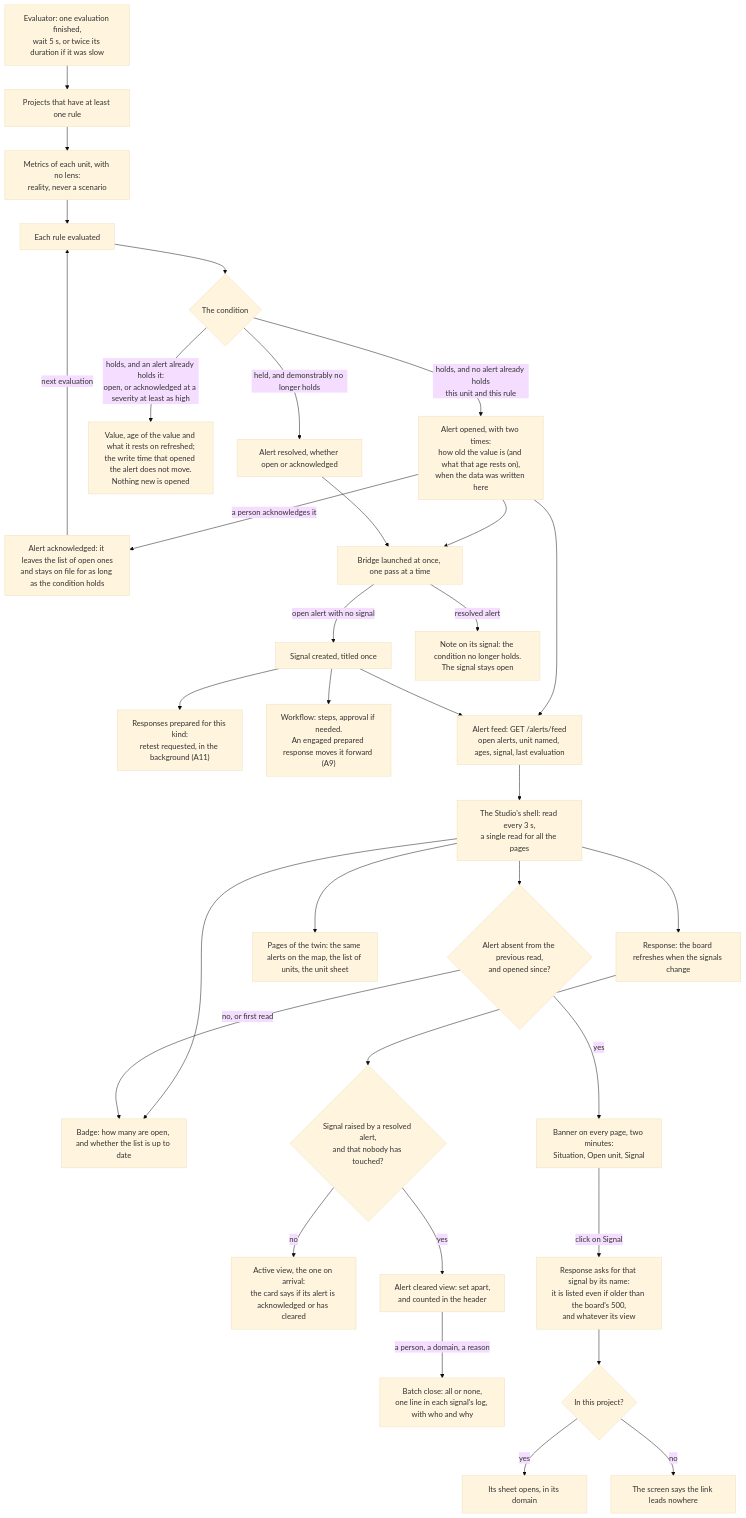
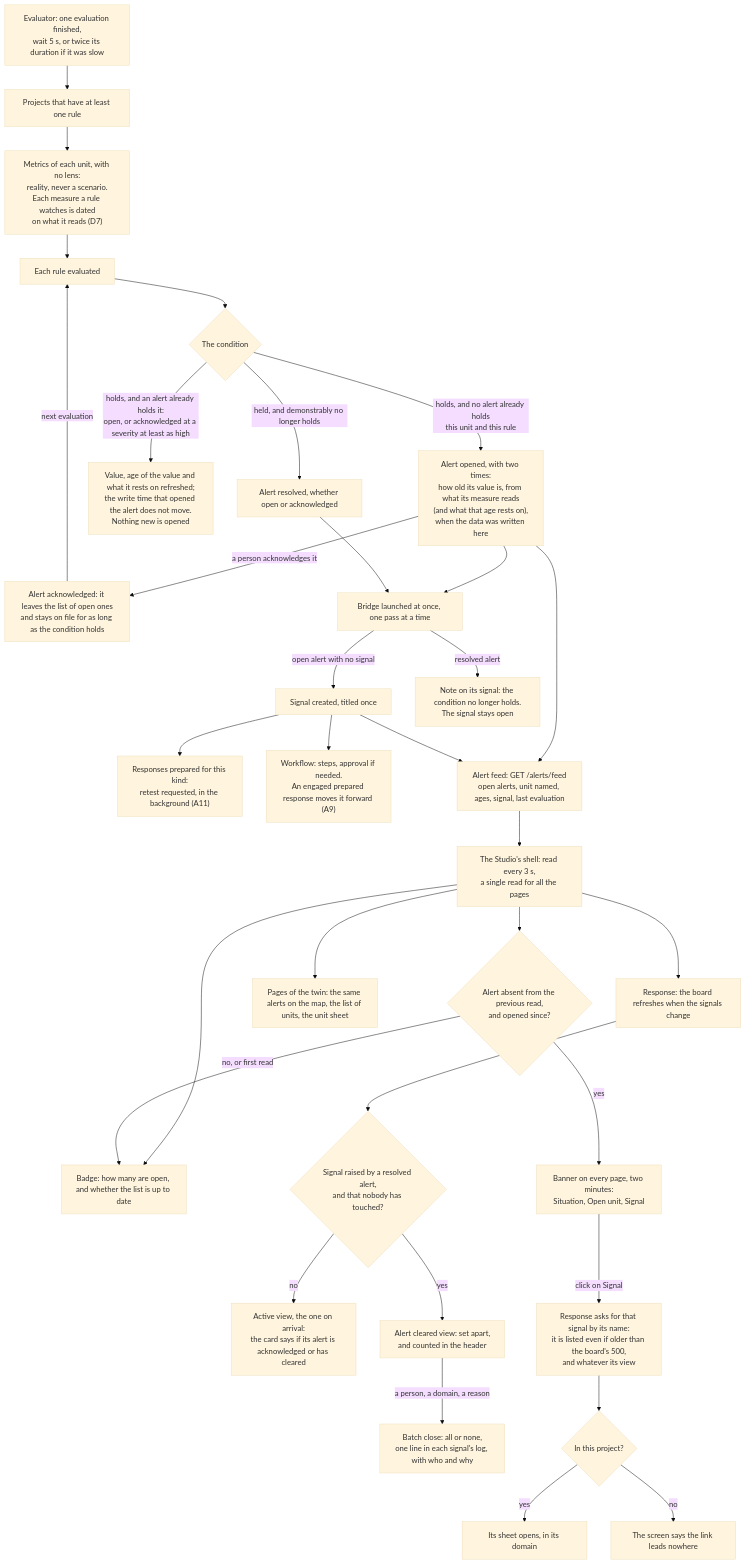
Before and after one commit to V1ktor7/obscyro: diagram 29 of 34 in frontend/content/docs/product/algorithms.md, drawn with Mermaid (base theme). The commit also changed other lines of this file and 34 other files, not shown here.

````diff
--- a/frontend/content/docs/product/algorithms.md
+++ b/frontend/content/docs/product/algorithms.md
@@ -927,35 +927,35 @@
 ```mermaid
 flowchart TD
     A["Evaluator: one evaluation finished,<br/>wait 5 s, or twice its duration if it was slow"] --> B["Projects that have at least one rule"]
-    B --> C["Metrics of each unit, with no lens:<br/>reality, never a scenario"]
+    B --> C["Metrics of each unit, with no lens:<br/>reality, never a scenario.<br/>Each measure a rule watches is dated<br/>on what it reads (D7)"]
     C --> D["Each rule evaluated"]
     D --> E{"The condition"}
-    E -->|"holds, and no alert already holds<br/>this unit and this rule"| F["Alert opened, with two times:<br/>how old the value is (and what that age rests on),<br/>when the data was written here"]
+    E -->|"holds, and no alert already holds<br/>this unit and this rule"| F["Alert opened, with two times:<br/>how old its value is, from what its measure reads<br/>(and what that age rests on),<br/>when the data was written here"]
     E -->|"holds, and an alert already holds it:<br/>open, or acknowledged at a severity at least as high"| F2["Value, age of the value and what it rests on refreshed;<br/>the write time that opened the alert does not move.<br/>Nothing new is opened"]
     E -->|"held, and demonstrably no longer holds"| G["Alert resolved, whether open or acknowledged"]
     F -->|"a person acknowledges it"| F3["Alert acknowledged: it leaves the list of open ones<br/>and stays on file for as long as the condition holds"]
     F3 -->|"next evaluation"| D
     F --> H["Bridge launched at once, one pass at a time"]
     G --> H
     H -->|"open alert with no signal"| I["Signal created, titled once"]
     H -->|"resolved alert"| I3["Note on its signal: the condition no longer holds.<br/>The signal stays open"]
     I --> I2["Responses prepared for this kind:<br/>retest requested, in the background (A11)"]
     I --> J["Workflow: steps, approval if needed.<br/>An engaged prepared response moves it forward (A9)"]
     F --> K["Alert feed: GET /alerts/feed<br/>open alerts, unit named, ages, signal, last evaluation"]
     I --> K
     K --> L["The Studio's shell: read every 3 s,<br/>a single read for all the pages"]
     L --> M["Badge: how many are open, and whether the list is up to date"]
     L --> N{"Alert absent from the previous read,<br/>and opened since?"}
     N -->|"yes"| O["Banner on every page, two minutes:<br/>Situation, Open unit, Signal"]
     N -->|"no, or first read"| M
     L --> P["Pages of the twin: the same alerts on the map, the list of units, the unit sheet"]
     L --> Q["Response: the board refreshes when the signals change"]
     Q --> V{"Signal raised by a resolved alert,<br/>and that nobody has touched?"}
     V -->|"no"| W["Active view, the one on arrival:<br/>the card says if its alert is acknowledged or has cleared"]
     V -->|"yes"| X["Alert cleared view: set apart,<br/>and counted in the header"]
     X -->|"a person, a domain, a reason"| Y["Batch close: all or none,<br/>one line in each signal's log, with who and why"]
     O -->|"click on Signal"| R["Response asks for that signal by its name:<br/>it is listed even if older than the board's 500,<br/>and whatever its view"]
     R --> S{"In this project?"}
     S -->|"yes"| T["Its sheet opens, in its domain"]
     S -->|"no"| U["The screen says the link leads nowhere"]
 ```
````
